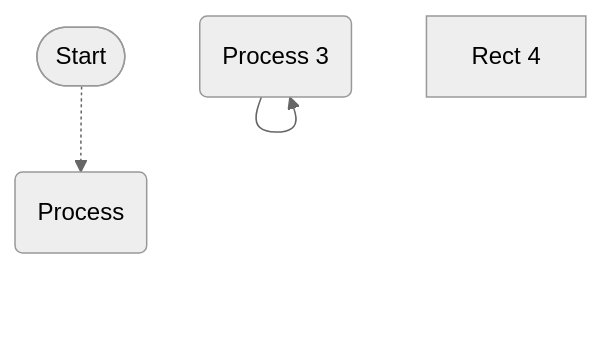
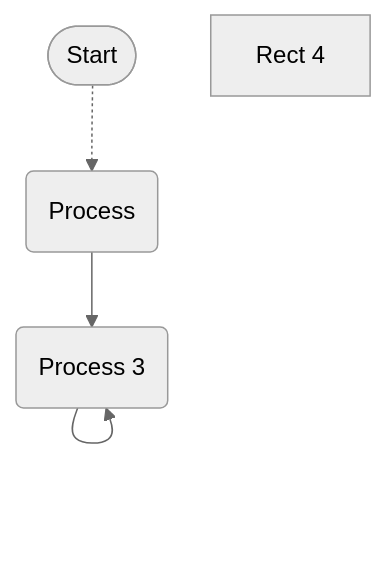
Before and after one commit to pingpm/mermaid_vault: the diagram in mmd/流程图_3c82e5dc-80e4-4b41-a50d-f90f98ff5790.mmd, drawn with Mermaid (neutral theme). The commit also changed 2 other files, not shown here.

Commit message:
Sync Mermaid Studio data (12 diagrams)

```diff
--- a/mmd/流程图_3c82e5dc-80e4-4b41-a50d-f90f98ff5790.mmd
+++ b/mmd/流程图_3c82e5dc-80e4-4b41-a50d-f90f98ff5790.mmd
@@ -1,7 +1,8 @@
 graph TD
   start(["Start"])
   1("Process")
   2b55b8de-e64f-48f1-a8b6-94cca48b33d2("Process 3")
   f836676b-fb2c-4936-a911-d066d325c8e0["Rect 4"]
   start -.-> 1
   2b55b8de-e64f-48f1-a8b6-94cca48b33d2 --> 2b55b8de-e64f-48f1-a8b6-94cca48b33d2
+  1 --> 2b55b8de-e64f-48f1-a8b6-94cca48b33d2
```
